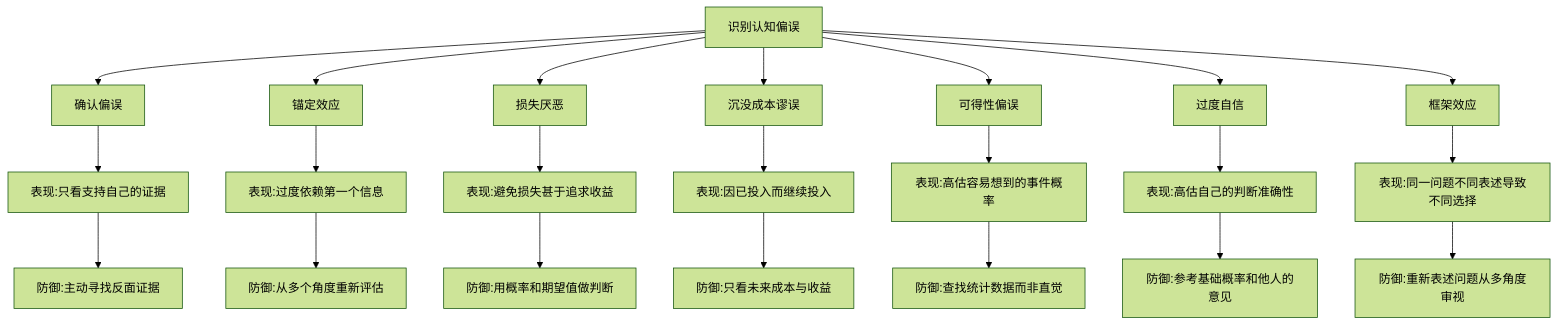
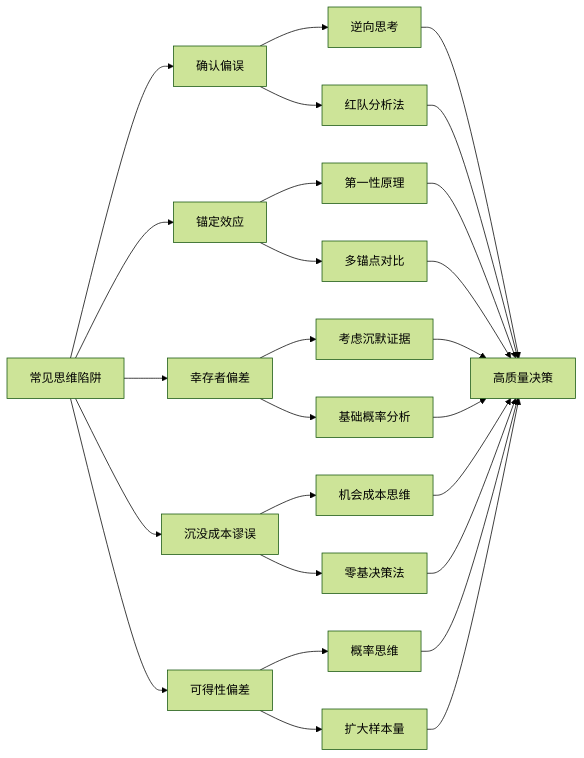
Before and after one commit to lystrosaurus/gtool: the fourth of 4 diagrams in 人类文明经典阅读计划/公众号系列/08-认知思维/09-思考的框架/02-知识图谱图片描述.md, drawn with Mermaid (forest theme). The commit also changed other lines of this file and 60 other files, not shown here.

````diff
--- a/人类文明经典阅读计划/公众号系列/08-认知思维/09-思考的框架/02-知识图谱图片描述.md
+++ b/人类文明经典阅读计划/公众号系列/08-认知思维/09-思考的框架/02-知识图谱图片描述.md
@@ -77,31 +109,34 @@
 ```mermaid
-graph TD
-    A["识别认知偏误"] --> B["确认偏误"]
-    A --> C["锚定效应"]
-    A --> D["损失厌恶"]
-    A --> E["沉没成本谬误"]
-    A --> F["可得性偏误"]
-    A --> G["过度自信"]
-    A --> H["框架效应"]
-
-    B --> B1["表现:只看支持自己的证据"]
-    B1 --> B2["防御:主动寻找反面证据"]
-
-    C --> C1["表现:过度依赖第一个信息"]
-    C1 --> C2["防御:从多个角度重新评估"]
-
-    D --> D1["表现:避免损失甚于追求收益"]
-    D1 --> D2["防御:用概率和期望值做判断"]
-
-    E --> E1["表现:因已投入而继续投入"]
-    E1 --> E2["防御:只看未来成本与收益"]
-
-    F --> F1["表现:高估容易想到的事件概率"]
-    F1 --> F2["防御:查找统计数据而非直觉"]
-
-    G --> G1["表现:高估自己的判断准确性"]
-    G1 --> G2["防御:参考基础概率和他人的意见"]
-
-    H --> H1["表现:同一问题不同表述导致不同选择"]
-    H1 --> H2["防御:重新表述问题从多角度审视"]
+graph LR
+    A[常见思维陷阱] --> B[确认偏误]
+    A --> C[锚定效应]
+    A --> D[幸存者偏差]
+    A --> E[沉没成本谬误]
+    A --> F[可得性偏差]
+    
+    B --> G[逆向思考]
+    B --> H[红队分析法]
+    
+    C --> I[第一性原理]
+    C --> J[多锚点对比]
+    
+    D --> K[考虑沉默证据]
+    D --> L[基础概率分析]
+    
+    E --> M[机会成本思维]
+    E --> N[零基决策法]
+    
+    F --> O[概率思维]
+    F --> P[扩大样本量]
+    
+    G --> Q[高质量决策]
+    H --> Q
+    I --> Q
+    J --> Q
+    K --> Q
+    L --> Q
+    M --> Q
+    N --> Q
+    O --> Q
+    P --> Q
 ```
````
